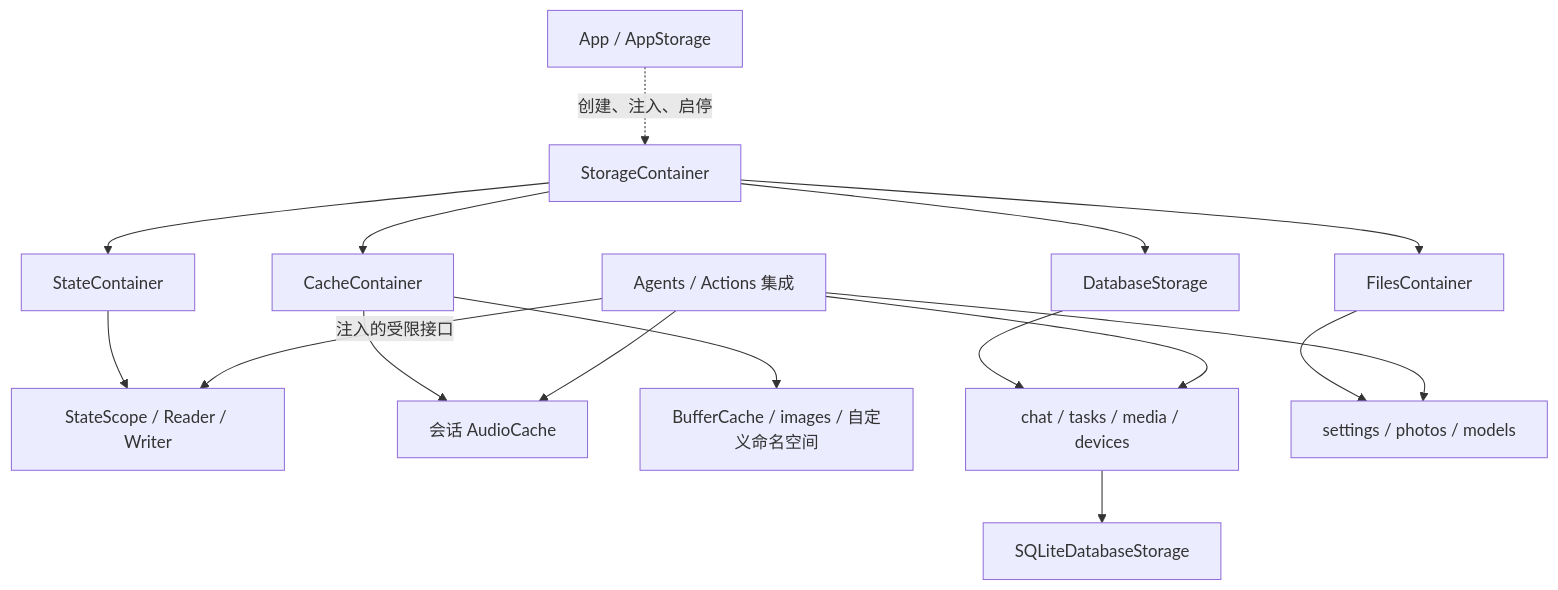
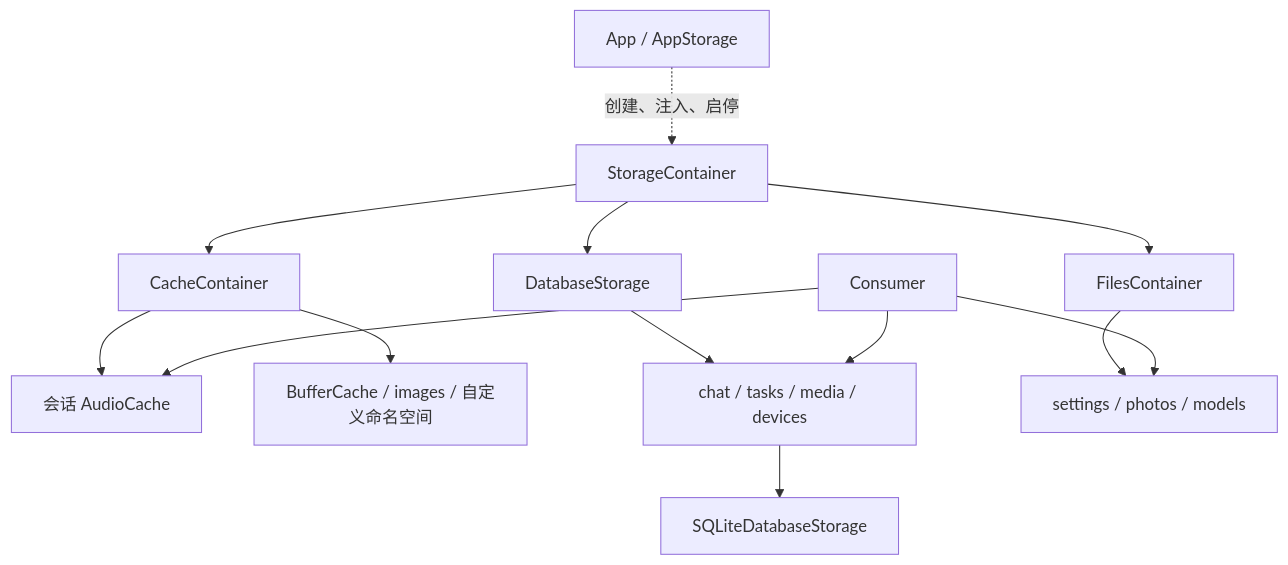
One commit to devilyouwei/MobileHarness changed the diagram in MobileHarness/Storage/README.md. Above: the diagram before and after it, drawn with Mermaid. The commit also changed other lines of this file and 105 other files, not shown here.

````diff
--- a/MobileHarness/Storage/README.md
+++ b/MobileHarness/Storage/README.md
@@ -11,18 +11,15 @@
 ```mermaid
 flowchart TB
  App[App / AppStorage] -.->|创建、注入、启停| Root[StorageContainer]
- Root --> State[StateContainer]
  Root --> Cache[CacheContainer]
  Root --> DB[DatabaseStorage]
  Root --> Files[FilesContainer]
- State --> Ports[StateScope / Reader / Writer]
  Cache --> Audio[会话 AudioCache]
  Cache --> Buffers[BufferCache / images / 自定义命名空间]
  DB --> Repos[chat / tasks / media / devices]
  Repos --> SQLite[SQLiteDatabaseStorage]
  Files --> Names[settings / photos / models]
- Consumer[Agents / Actions 集成] -->|注入的受限接口| Ports
  Consumer --> Audio
  Consumer --> Repos
  Consumer --> Names
 ```
````
